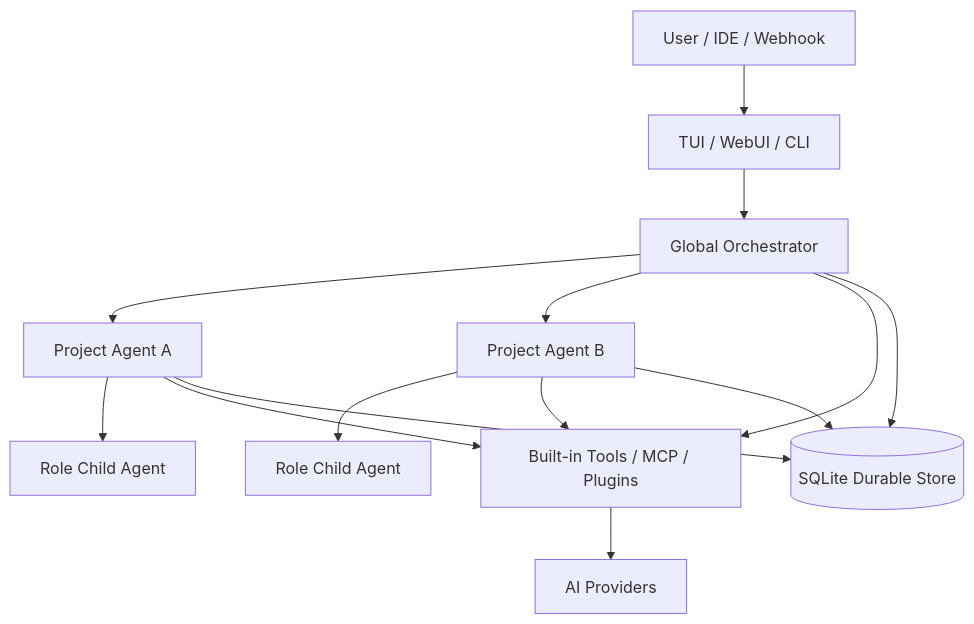
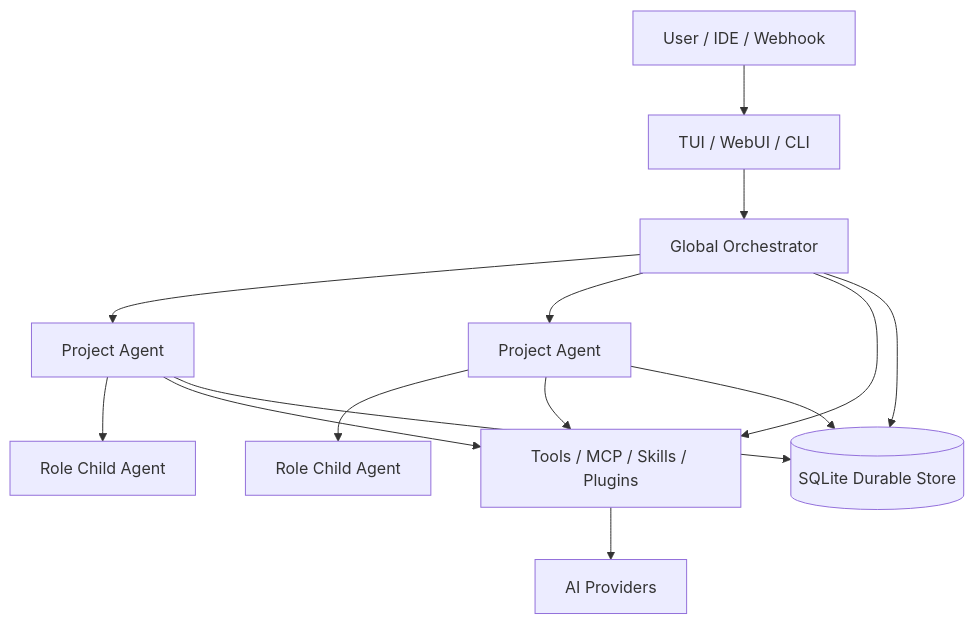
One commit to RavenholmAlpha/CorvusAI changed the diagram in README.md. Above: the diagram before and after it, drawn with Mermaid. The commit also changed other lines of this file, not shown here.

````diff
--- a/README.md
+++ b/README.md
@@ -188,16 +76,16 @@
 ```mermaid
 graph TD
   User[User / IDE / Webhook] --> UI[TUI / WebUI / CLI]
   UI --> Master[Global Orchestrator]
-  Master --> P1[Project Agent A]
-  Master --> P2[Project Agent B]
-  P1 --> R1[Role Child Agent]
-  P2 --> R2[Role Child Agent]
-  Master --> Tools[Built-in Tools / MCP / Plugins]
-  P1 --> Tools
-  P2 --> Tools
+  Master --> ProjectA[Project Agent]
+  Master --> ProjectB[Project Agent]
+  ProjectA --> RoleA[Role Child Agent]
+  ProjectB --> RoleB[Role Child Agent]
+  Master --> Tools[Tools / MCP / Skills / Plugins]
+  ProjectA --> Tools
+  ProjectB --> Tools
   Master --> DB[(SQLite Durable Store)]
-  P1 --> DB
-  P2 --> DB
+  ProjectA --> DB
+  ProjectB --> DB
   Tools --> Providers[AI Providers]
 ```
````
